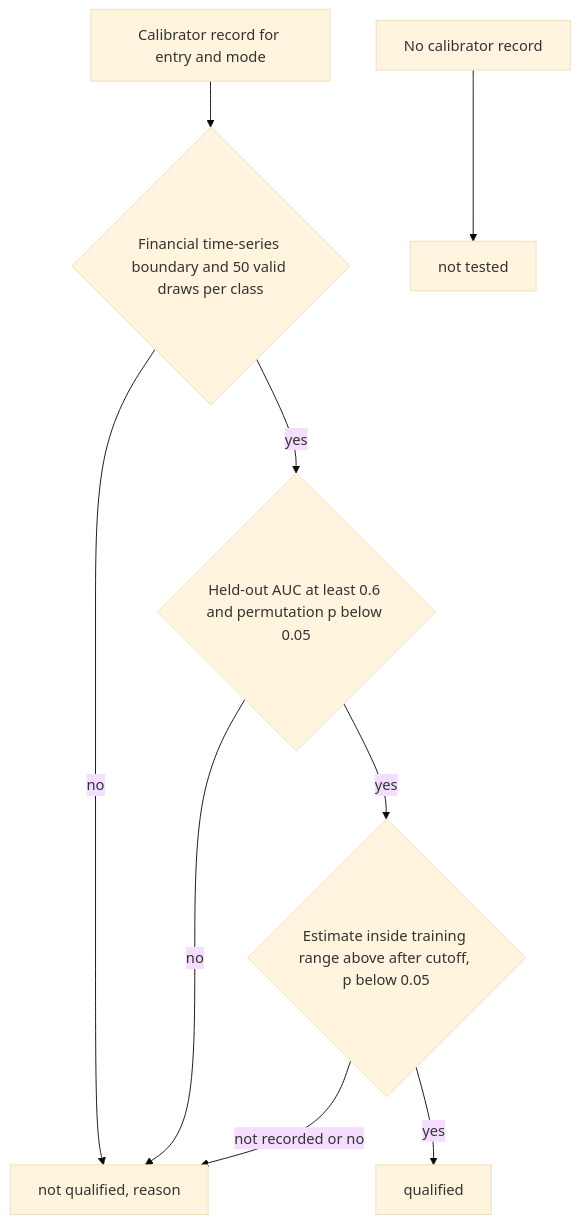
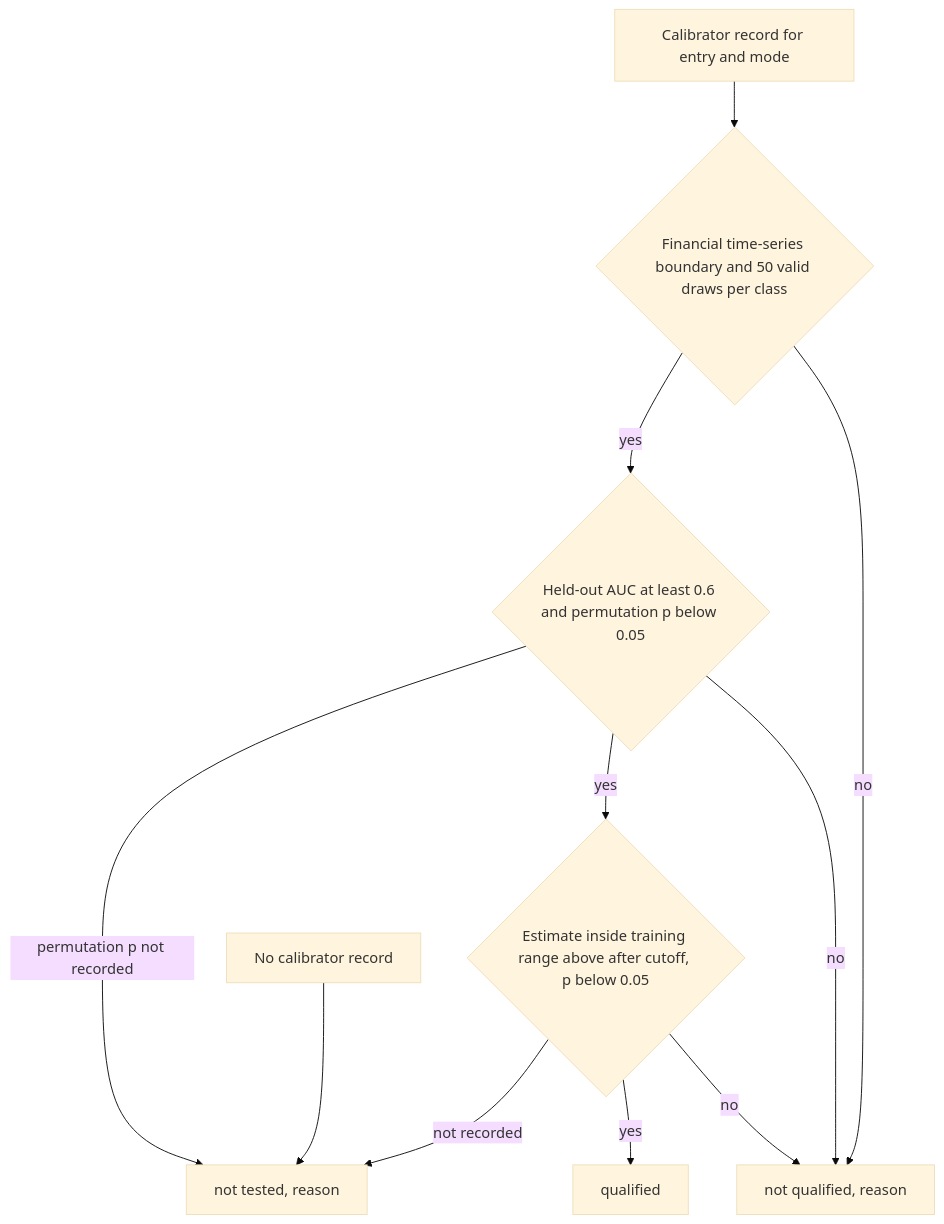
The third of 4 diagrams in .kiro/specs/qualified-model-catalogue/design.md (norandom/memguard_alpha), drawn with Mermaid (base theme) before and after one commit. The commit also changed other lines of this file, not shown here.

````diff
--- a/.kiro/specs/qualified-model-catalogue/design.md
+++ b/.kiro/specs/qualified-model-catalogue/design.md
@@ -243,11 +243,13 @@
 ```mermaid
 flowchart TB
     A[Calibrator record for entry and mode] --> B{Financial time-series boundary and 50 valid draws per class}
     B -- no --> N[not qualified, reason]
     B -- yes --> C{Held-out AUC at least 0.6 and permutation p below 0.05}
     C -- no --> N
     C -- yes --> D{Estimate inside training range above after cutoff, p below 0.05}
-    D -- not recorded or no --> N
+    D -- no --> N
     D -- yes --> Q[qualified]
-    Z[No calibrator record] --> T[not tested]
+    C -- permutation p not recorded --> T[not tested, reason]
+    D -- not recorded --> T
+    Z[No calibrator record] --> T
 ```
````
